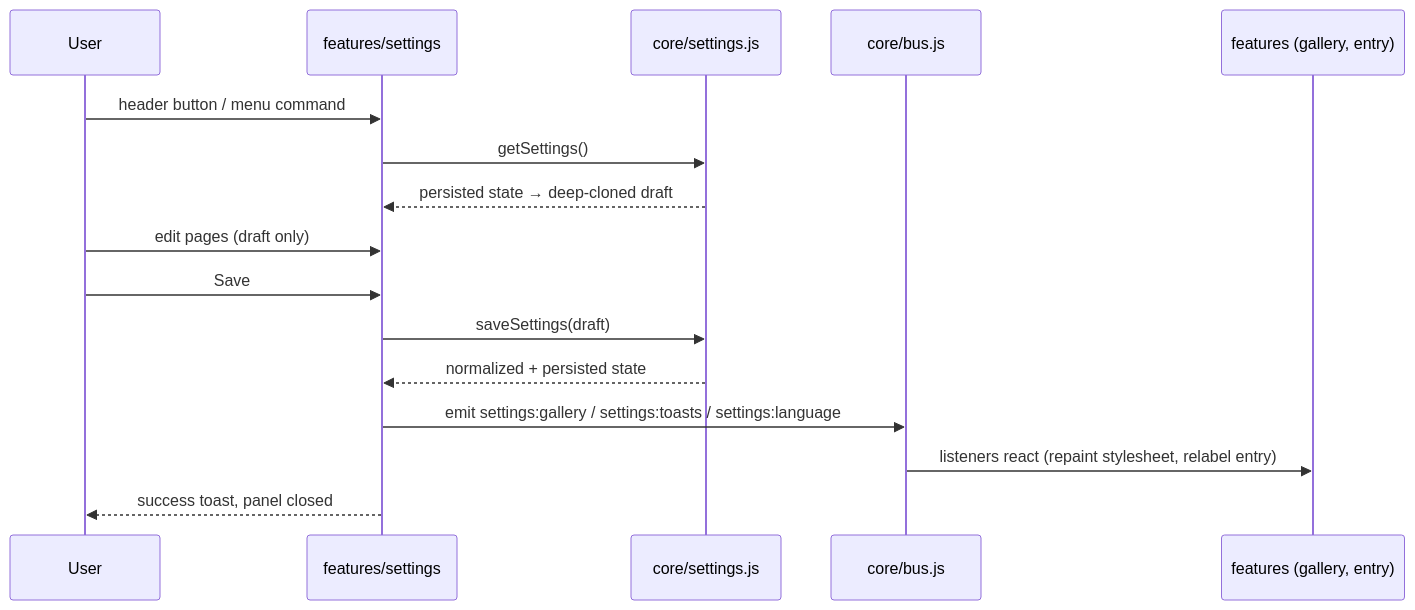
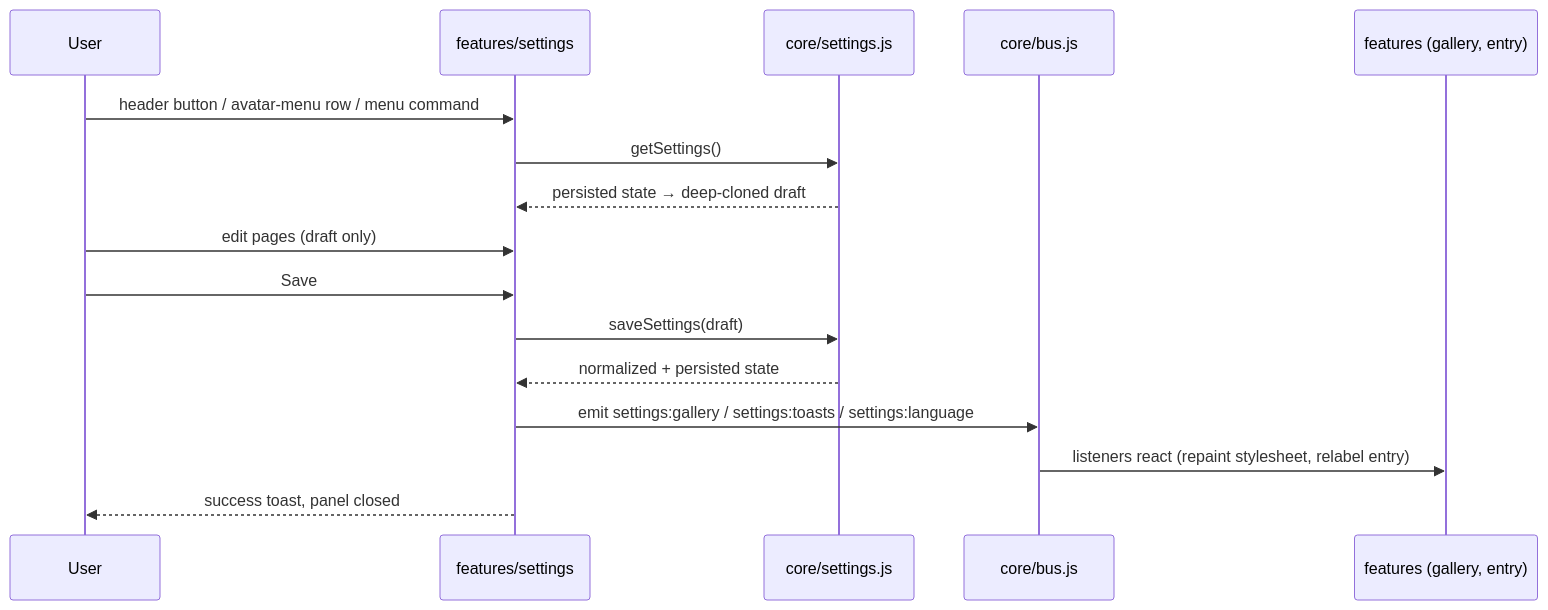
Before and after one commit to NemoKing1210/github-plus: the third of 3 diagrams in docs/ARCHITECTURE.md, drawn with Mermaid. The commit also changed other lines of this file and 25 other files, not shown here.

First line of the commit message:
feat: settings panel redesign, avatar-menu entry, text-only panel header

````diff
--- a/docs/ARCHITECTURE.md
+++ b/docs/ARCHITECTURE.md
@@ -114,19 +118,19 @@
 ```mermaid
 sequenceDiagram
   participant U as User
   participant P as features/settings
   participant S as core/settings.js
   participant B as core/bus.js
   participant F as features (gallery, entry)
 
-  U->>P: header button / menu command
+  U->>P: header button / avatar-menu row / menu command
   P->>S: getSettings()
   S-->>P: persisted state → deep-cloned draft
   U->>P: edit pages (draft only)
   U->>P: Save
   P->>S: saveSettings(draft)
   S-->>P: normalized + persisted state
   P->>B: emit settings:gallery / settings:toasts / settings:language
   B->>F: listeners react (repaint stylesheet, relabel entry)
   P-->>U: success toast, panel closed
 ```
````
